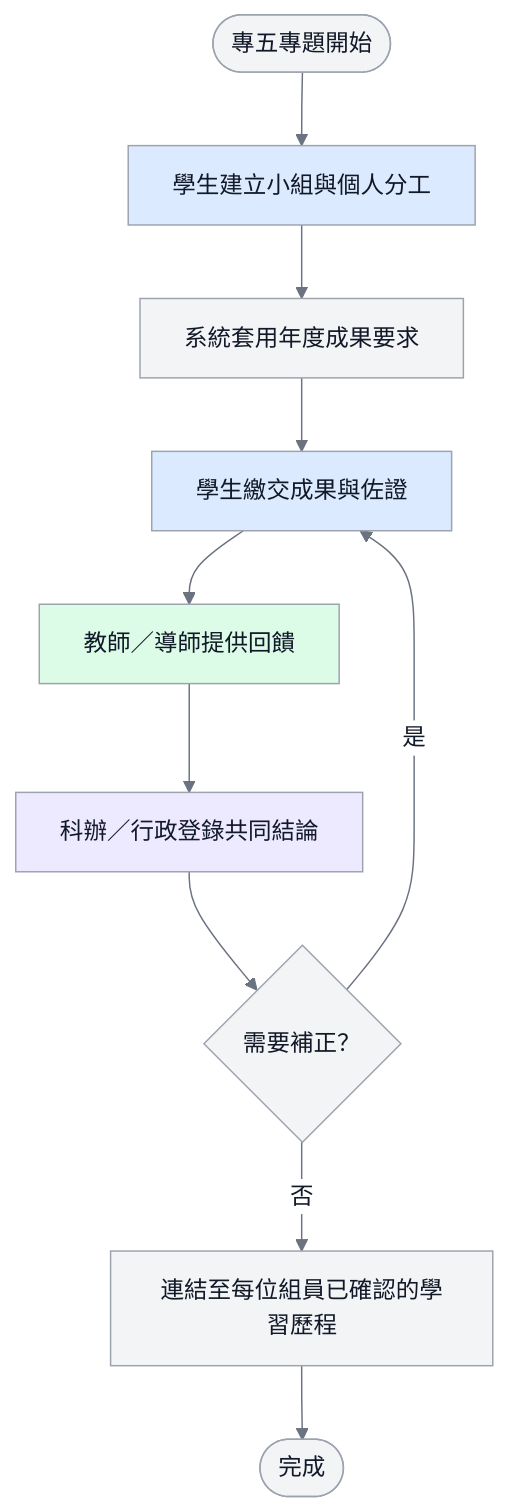
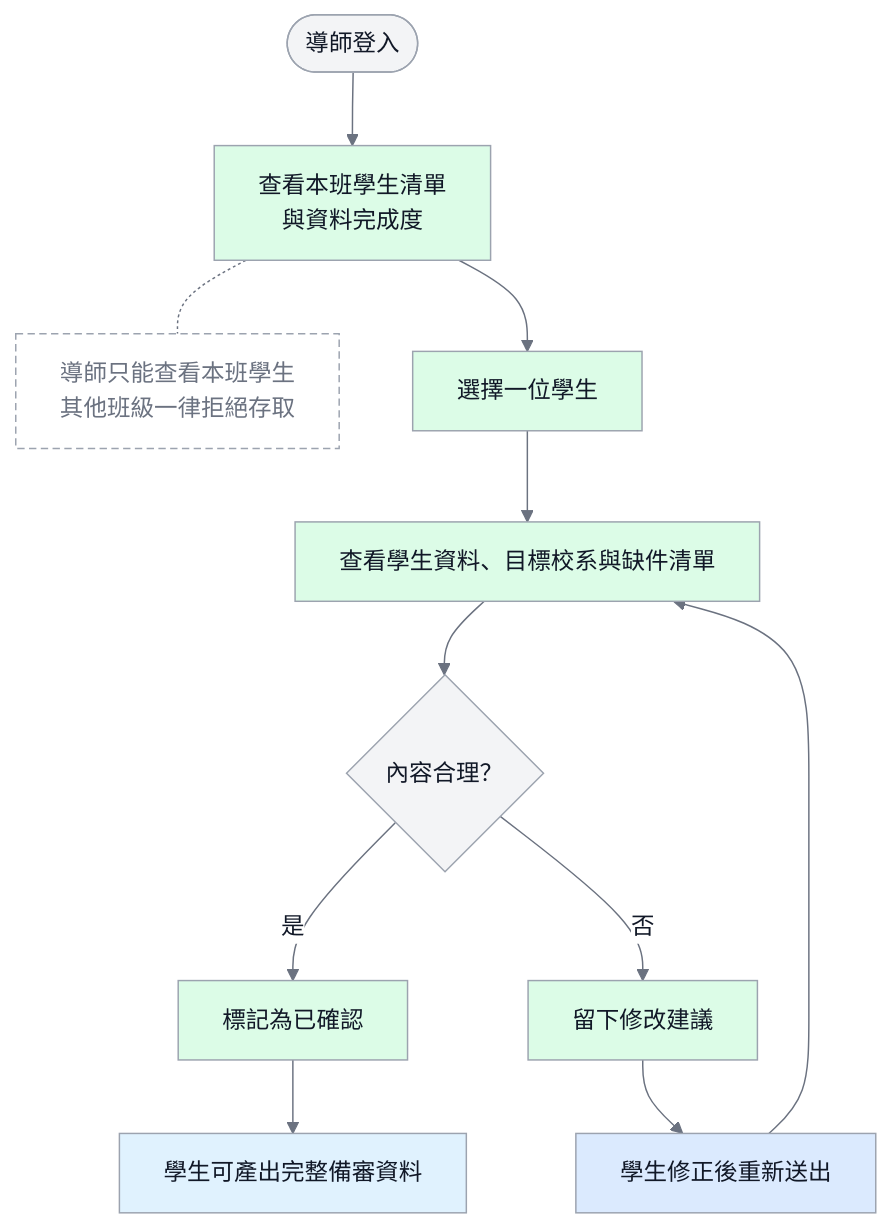
The seventh of 13 diagrams in docs/04_圖表與介面/diagrams.md (vujhdcusa/1028), drawn with Mermaid before and after one commit. The commit also changed other lines of this file and 116 other files, not shown here.

````diff
--- a/docs/04_圖表與介面/diagrams.md
+++ b/docs/04_圖表與介面/diagrams.md
@@ -119,18 +269,23 @@
 ```mermaid
-%%{init: {'theme':'base','themeVariables': {'fontFamily':'Microsoft JhengHei, Noto Sans TC, Arial, sans-serif','primaryColor':'#F3F4F6','primaryTextColor':'#111827','primaryBorderColor':'#9CA3AF','lineColor':'#6B7280','edgeLabelBackground':'#FFFFFF'}}}%%
+%%{init: {'theme':'base','themeVariables': {'fontFamily':'Microsoft JhengHei, Noto Sans TC, Arial, sans-serif','primaryColor':'#F3F4F6','primaryTextColor':'#111827','primaryBorderColor':'#9CA3AF','lineColor':'#6B7280','edgeLabelBackground':'#FFFFFF'},'flowchart':{'wrappingWidth':400}}}%%
 flowchart TD
     classDef student fill:#DBEAFE,stroke:#9CA3AF,color:#111827,stroke-width:1px;
     classDef teacher fill:#DCFCE7,stroke:#9CA3AF,color:#111827,stroke-width:1px;
-    classDef staff fill:#EDE9FE,stroke:#9CA3AF,color:#111827,stroke-width:1px;
-    classDef system fill:#F3F4F6,stroke:#9CA3AF,color:#111827,stroke-width:1px;
+    classDef admin fill:#EDE9FE,stroke:#9CA3AF,color:#111827,stroke-width:1px;
+    classDef system fill:#E0F2FE,stroke:#9CA3AF,color:#111827,stroke-width:1px;
+    classDef store fill:#F3F4F6,stroke:#9CA3AF,color:#111827,stroke-width:1px;
+    classDef ai fill:#FFEDD5,stroke:#9CA3AF,color:#111827,stroke-width:1px;
+    classDef alert fill:#FEE2E2,stroke:#9CA3AF,color:#111827,stroke-width:1px;
+    classDef pending fill:#FFFFFF,stroke:#9CA3AF,color:#6B7280,stroke-width:1px,stroke-dasharray:5 3;
 
-    Start([專五專題開始]) --> Team[學生建立小組與個人分工]:::student
-    Team --> Template[系統套用年度成果要求]:::system
-    Template --> Submit[學生繳交成果與佐證]:::student
-    Submit --> Teacher[教師／導師提供回饋]:::teacher
-    Teacher --> Staff[科辦／行政登錄共同結論]:::staff
-    Staff --> Fix{需要補正？}
-    Fix -- 是 --> Submit
-    Fix -- 否 --> Link[連結至每位組員已確認的學習歷程]:::system
-    Link --> End([完成])
+    Start([導師登入]) --> List[查看本班學生清單<br/>與資料完成度]:::teacher
+    List -.- Scope[導師只能查看本班學生<br/>其他班級一律拒絕存取]:::pending
+    List --> Pick[選擇一位學生]:::teacher
+    Pick --> View[查看學生資料、目標校系與缺件清單]:::teacher
+    View --> Reasonable{內容合理？}
+    Reasonable -- 是 --> Confirm[標記為已確認]:::teacher
+    Confirm --> Ready[學生可產出完整備審資料]:::system
+    Reasonable -- 否 --> Advice[留下修改建議]:::teacher
+    Advice --> Fix[學生修正後重新送出]:::student
+    Fix --> View
 ```
````
